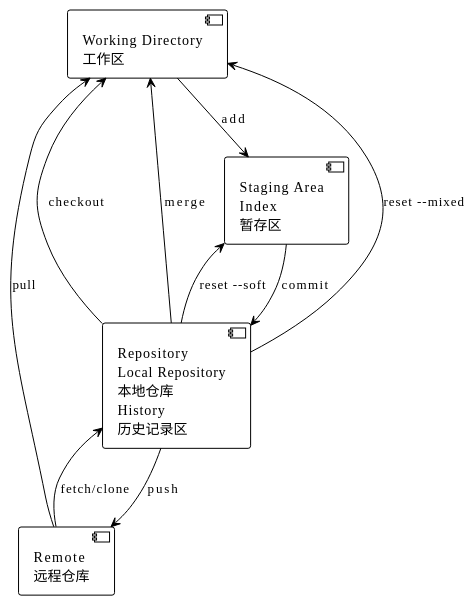
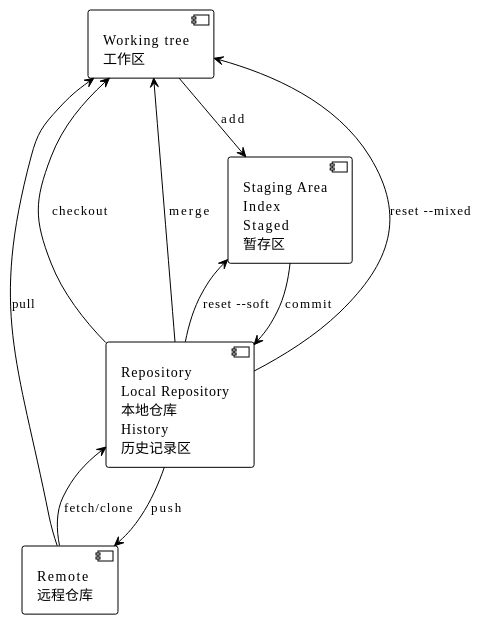
Before and after one commit to wiloon/blog: the diagram in content/post/archive-3/git.md, drawn with PlantUML. The commit also changed other lines of this file and 52 other files, not shown here.

````diff
--- a/content/post/archive-3/git.md
+++ b/content/post/archive-3/git.md
@@ -13,18 +14,18 @@
 ```puml
 @startuml
 !theme plain
-[Working Directory\n工作区] as work
-[Staging Area\nIndex\n暂存区] as stage
+[Working tree\n工作区] as work
+[Staging Area\nIndex\nStaged\n暂存区] as stage
 work --> stage: add
 [Repository\nLocal Repository\n本地仓库\nHistory\n历史记录区] as repo
 stage --> repo: commit
 [Remote\n远程仓库] as remote
 repo --> remote: push
 work <-- remote: pull
 remote --> repo: fetch/clone
 repo --> work: checkout
 repo --> work: merge
 repo --> stage: reset --soft
 repo --> work: reset --mixed
 @enduml
 ```
````
